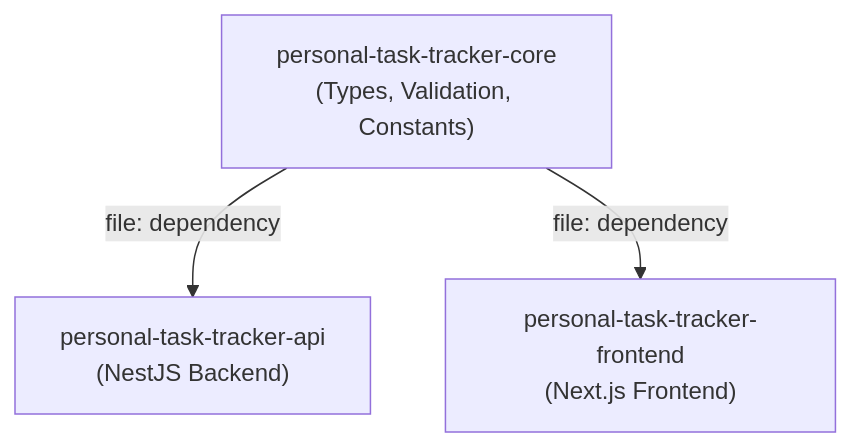
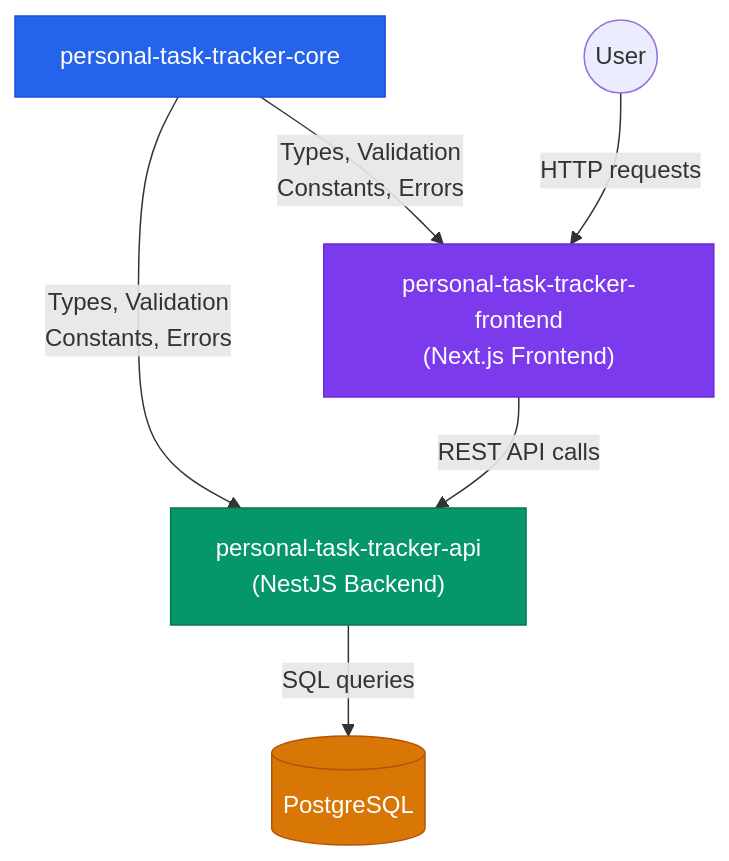
One commit to nurulizyansyaza/personal-task-tracker-core changed the diagram in README.md. Above: the diagram before and after it, drawn with Mermaid. The commit also changed other lines of this file, not shown here.

````diff
--- a/README.md
+++ b/README.md
@@ -7,9 +734,20 @@
 ```mermaid
 graph TD
-    CORE["personal-task-tracker-core<br/>(Types, Validation, Constants)"]
-    API["personal-task-tracker-api<br/>(NestJS Backend)"]
-    FE["personal-task-tracker-frontend<br/>(Next.js Frontend)"]
+ CORE[" personal-task-tracker-core"]
+ API[" personal-task-tracker-api<br/>(NestJS Backend)"]
+ FE[" personal-task-tracker-frontend<br/>(Next.js Frontend)"]
+ DB[(PostgreSQL)]
+ USER((User))
 
-    CORE -->|"file: dependency"| API
-    CORE -->|"file: dependency"| FE
+ CORE -->|"Types, Validation<br/>Constants, Errors"| API
+ CORE -->|"Types, Validation<br/>Constants, Errors"| FE
+
+ USER -->|"HTTP requests"| FE
+ FE -->|"REST API calls"| API
+ API -->|"SQL queries"| DB
+
+ style CORE fill:#2563eb,stroke:#1d4ed8,color:#fff
+ style API fill:#059669,stroke:#047857,color:#fff
+ style FE fill:#7c3aed,stroke:#6d28d9,color:#fff
+ style DB fill:#d97706,stroke:#b45309,color:#fff
 ```
````
